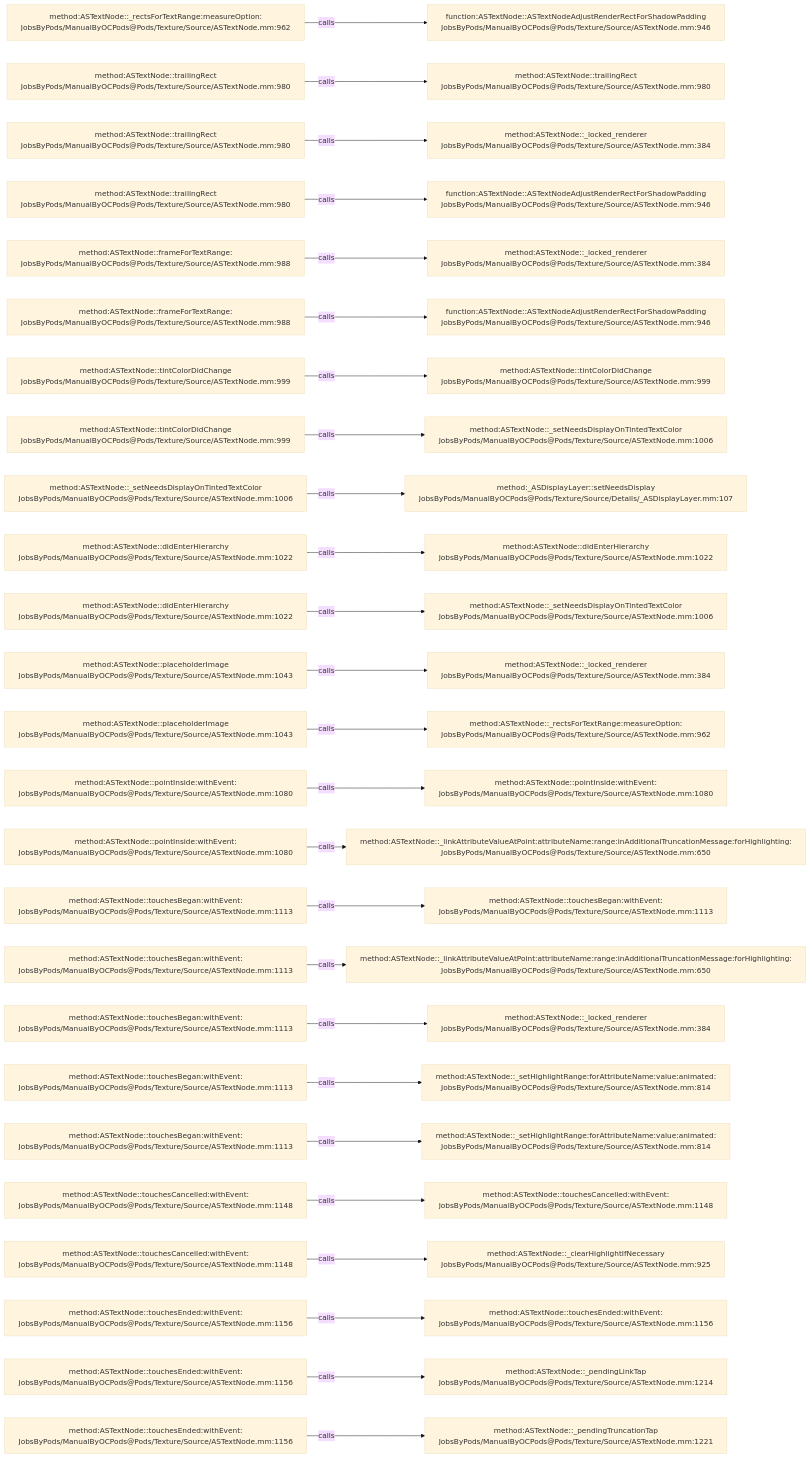
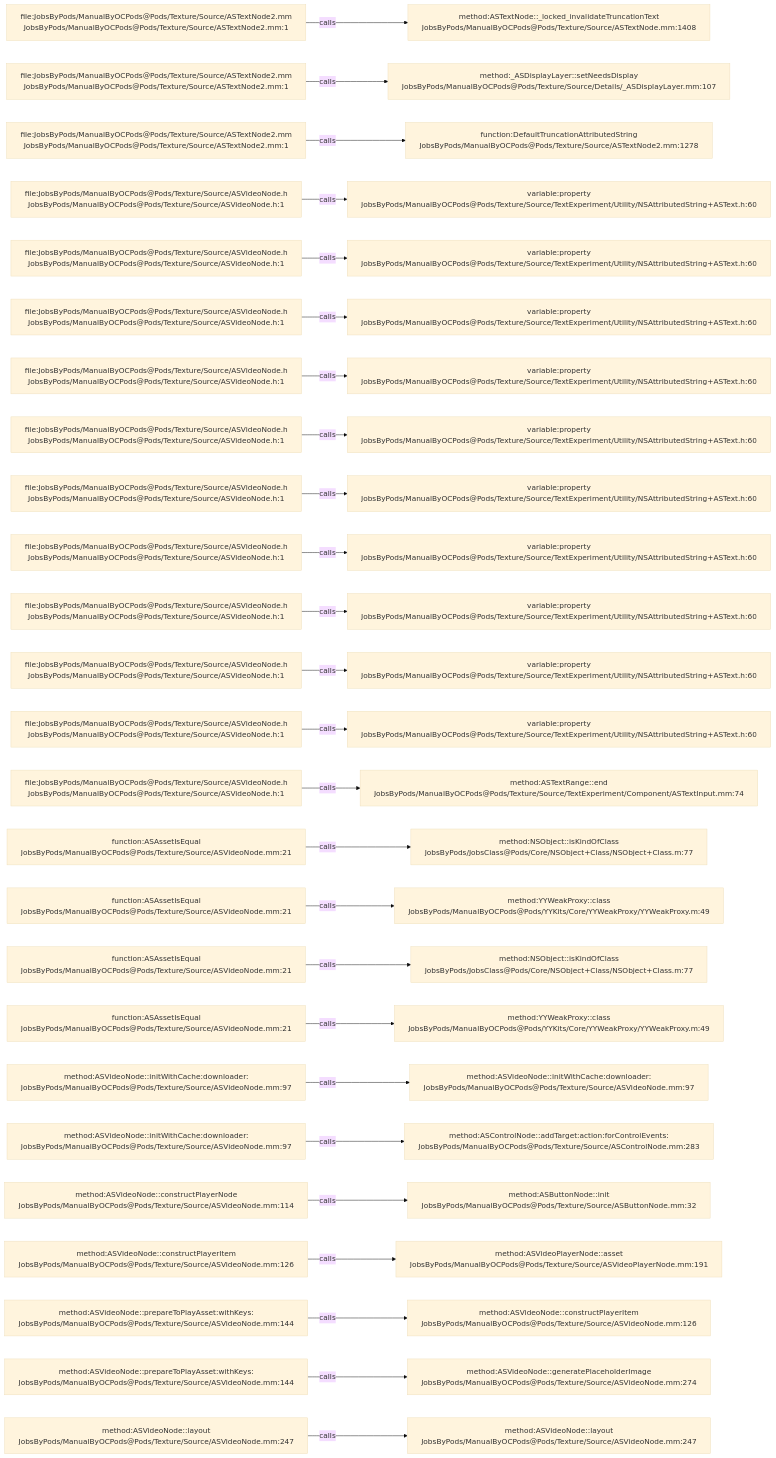
The diagram in .codegraph/codegraph.md/graphs/calls-144.md (JobsKits/JobsOCBaseConfigDemo), drawn with Mermaid (base theme) before and after one commit. The commit also changed 1223 other files, not shown here.

````diff
--- a/.codegraph/codegraph.md/graphs/calls-144.md
+++ b/.codegraph/codegraph.md/graphs/calls-144.md
@@ -13,78 +13,78 @@
 ```mermaid
 flowchart LR
-  S1["method:ASTextNode::_rectsForTextRange:measureOption:<br/>JobsByPods/ManualByOCPods@Pods/Texture/Source/ASTextNode.mm:962"]
-  T1["function:ASTextNode::ASTextNodeAdjustRenderRectForShadowPadding<br/>JobsByPods/ManualByOCPods@Pods/Texture/Source/ASTextNode.mm:946"]
+  S1["file:JobsByPods/ManualByOCPods@Pods/Texture/Source/ASTextNode2.mm<br/>JobsByPods/ManualByOCPods@Pods/Texture/Source/ASTextNode2.mm:1"]
+  T1["method:ASTextNode::_locked_invalidateTruncationText<br/>JobsByPods/ManualByOCPods@Pods/Texture/Source/ASTextNode.mm:1408"]
   S1 -->|calls| T1
-  S2["method:ASTextNode::trailingRect<br/>JobsByPods/ManualByOCPods@Pods/Texture/Source/ASTextNode.mm:980"]
-  T2["method:ASTextNode::trailingRect<br/>JobsByPods/ManualByOCPods@Pods/Texture/Source/ASTextNode.mm:980"]
+  S2["file:JobsByPods/ManualByOCPods@Pods/Texture/Source/ASTextNode2.mm<br/>JobsByPods/ManualByOCPods@Pods/Texture/Source/ASTextNode2.mm:1"]
+  T2["method:_ASDisplayLayer::setNeedsDisplay<br/>JobsByPods/ManualByOCPods@Pods/Texture/Source/Details/_ASDisplayLayer.mm:107"]
   S2 -->|calls| T2
-  S3["method:ASTextNode::trailingRect<br/>JobsByPods/ManualByOCPods@Pods/Texture/Source/ASTextNode.mm:980"]
-  T3["method:ASTextNode::_locked_renderer<br/>JobsByPods/ManualByOCPods@Pods/Texture/Source/ASTextNode.mm:384"]
+  S3["file:JobsByPods/ManualByOCPods@Pods/Texture/Source/ASTextNode2.mm<br/>JobsByPods/ManualByOCPods@Pods/Texture/Source/ASTextNode2.mm:1"]
+  T3["function:DefaultTruncationAttributedString<br/>JobsByPods/ManualByOCPods@Pods/Texture/Source/ASTextNode2.mm:1278"]
   S3 -->|calls| T3
-  S4["method:ASTextNode::trailingRect<br/>JobsByPods/ManualByOCPods@Pods/Texture/Source/ASTextNode.mm:980"]
-  T4["function:ASTextNode::ASTextNodeAdjustRenderRectForShadowPadding<br/>JobsByPods/ManualByOCPods@Pods/Texture/Source/ASTextNode.mm:946"]
+  S4["file:JobsByPods/ManualByOCPods@Pods/Texture/Source/ASVideoNode.h<br/>JobsByPods/ManualByOCPods@Pods/Texture/Source/ASVideoNode.h:1"]
+  T4["variable:property<br/>JobsByPods/ManualByOCPods@Pods/Texture/Source/TextExperiment/Utility/NSAttributedString+ASText.h:60"]
   S4 -->|calls| T4
-  S5["method:ASTextNode::frameForTextRange:<br/>JobsByPods/ManualByOCPods@Pods/Texture/Source/ASTextNode.mm:988"]
-  T5["method:ASTextNode::_locked_renderer<br/>JobsByPods/ManualByOCPods@Pods/Texture/Source/ASTextNode.mm:384"]
+  S5["file:JobsByPods/ManualByOCPods@Pods/Texture/Source/ASVideoNode.h<br/>JobsByPods/ManualByOCPods@Pods/Texture/Source/ASVideoNode.h:1"]
+  T5["variable:property<br/>JobsByPods/ManualByOCPods@Pods/Texture/Source/TextExperiment/Utility/NSAttributedString+ASText.h:60"]
   S5 -->|calls| T5
-  S6["method:ASTextNode::frameForTextRange:<br/>JobsByPods/ManualByOCPods@Pods/Texture/Source/ASTextNode.mm:988"]
-  T6["function:ASTextNode::ASTextNodeAdjustRenderRectForShadowPadding<br/>JobsByPods/ManualByOCPods@Pods/Texture/Source/ASTextNode.mm:946"]
+  S6["file:JobsByPods/ManualByOCPods@Pods/Texture/Source/ASVideoNode.h<br/>JobsByPods/ManualByOCPods@Pods/Texture/Source/ASVideoNode.h:1"]
+  T6["variable:property<br/>JobsByPods/ManualByOCPods@Pods/Texture/Source/TextExperiment/Utility/NSAttributedString+ASText.h:60"]
   S6 -->|calls| T6
-  S7["method:ASTextNode::tintColorDidChange<br/>JobsByPods/ManualByOCPods@Pods/Texture/Source/ASTextNode.mm:999"]
-  T7["method:ASTextNode::tintColorDidChange<br/>JobsByPods/ManualByOCPods@Pods/Texture/Source/ASTextNode.mm:999"]
+  S7["file:JobsByPods/ManualByOCPods@Pods/Texture/Source/ASVideoNode.h<br/>JobsByPods/ManualByOCPods@Pods/Texture/Source/ASVideoNode.h:1"]
+  T7["variable:property<br/>JobsByPods/ManualByOCPods@Pods/Texture/Source/TextExperiment/Utility/NSAttributedString+ASText.h:60"]
   S7 -->|calls| T7
-  S8["method:ASTextNode::tintColorDidChange<br/>JobsByPods/ManualByOCPods@Pods/Texture/Source/ASTextNode.mm:999"]
-  T8["method:ASTextNode::_setNeedsDisplayOnTintedTextColor<br/>JobsByPods/ManualByOCPods@Pods/Texture/Source/ASTextNode.mm:1006"]
+  S8["file:JobsByPods/ManualByOCPods@Pods/Texture/Source/ASVideoNode.h<br/>JobsByPods/ManualByOCPods@Pods/Texture/Source/ASVideoNode.h:1"]
+  T8["variable:property<br/>JobsByPods/ManualByOCPods@Pods/Texture/Source/TextExperiment/Utility/NSAttributedString+ASText.h:60"]
   S8 -->|calls| T8
-  S9["method:ASTextNode::_setNeedsDisplayOnTintedTextColor<br/>JobsByPods/ManualByOCPods@Pods/Texture/Source/ASTextNode.mm:1006"]
-  T9["method:_ASDisplayLayer::setNeedsDisplay<br/>JobsByPods/ManualByOCPods@Pods/Texture/Source/Details/_ASDisplayLayer.mm:107"]
+  S9["file:JobsByPods/ManualByOCPods@Pods/Texture/Source/ASVideoNode.h<br/>JobsByPods/ManualByOCPods@Pods/Texture/Source/ASVideoNode.h:1"]
+  T9["variable:property<br/>JobsByPods/ManualByOCPods@Pods/Texture/Source/TextExperiment/Utility/NSAttributedString+ASText.h:60"]
   S9 -->|calls| T9
-  S10["method:ASTextNode::didEnterHierarchy<br/>JobsByPods/ManualByOCPods@Pods/Texture/Source/ASTextNode.mm:1022"]
-  T10["method:ASTextNode::didEnterHierarchy<br/>JobsByPods/ManualByOCPods@Pods/Texture/Source/ASTextNode.mm:1022"]
+  S10["file:JobsByPods/ManualByOCPods@Pods/Texture/Source/ASVideoNode.h<br/>JobsByPods/ManualByOCPods@Pods/Texture/Source/ASVideoNode.h:1"]
+  T10["variable:property<br/>JobsByPods/ManualByOCPods@Pods/Texture/Source/TextExperiment/Utility/NSAttributedString+ASText.h:60"]
   S10 -->|calls| T10
-  S11["method:ASTextNode::didEnterHierarchy<br/>JobsByPods/ManualByOCPods@Pods/Texture/Source/ASTextNode.mm:1022"]
-  T11["method:ASTextNode::_setNeedsDisplayOnTintedTextColor<br/>JobsByPods/ManualByOCPods@Pods/Texture/Source/ASTextNode.mm:1006"]
+  S11["file:JobsByPods/ManualByOCPods@Pods/Texture/Source/ASVideoNode.h<br/>JobsByPods/ManualByOCPods@Pods/Texture/Source/ASVideoNode.h:1"]
+  T11["variable:property<br/>JobsByPods/ManualByOCPods@Pods/Texture/Source/TextExperiment/Utility/NSAttributedString+ASText.h:60"]
   S11 -->|calls| T11
-  S12["method:ASTextNode::placeholderImage<br/>JobsByPods/ManualByOCPods@Pods/Texture/Source/ASTextNode.mm:1043"]
-  T12["method:ASTextNode::_locked_renderer<br/>JobsByPods/ManualByOCPods@Pods/Texture/Source/ASTextNode.mm:384"]
+  S12["file:JobsByPods/ManualByOCPods@Pods/Texture/Source/ASVideoNode.h<br/>JobsByPods/ManualByOCPods@Pods/Texture/Source/ASVideoNode.h:1"]
+  T12["variable:property<br/>JobsByPods/ManualByOCPods@Pods/Texture/Source/TextExperiment/Utility/NSAttributedString+ASText.h:60"]
   S12 -->|calls| T12
-  S13["method:ASTextNode::placeholderImage<br/>JobsByPods/ManualByOCPods@Pods/Texture/Source/ASTextNode.mm:1043"]
-  T13["method:ASTextNode::_rectsForTextRange:measureOption:<br/>JobsByPods/ManualByOCPods@Pods/Texture/Source/ASTextNode.mm:962"]
+  S13["file:JobsByPods/ManualByOCPods@Pods/Texture/Source/ASVideoNode.h<br/>JobsByPods/ManualByOCPods@Pods/Texture/Source/ASVideoNode.h:1"]
+  T13["variable:property<br/>JobsByPods/ManualByOCPods@Pods/Texture/Source/TextExperiment/Utility/NSAttributedString+ASText.h:60"]
   S13 -->|calls| T13
-  S14["method:ASTextNode::pointInside:withEvent:<br/>JobsByPods/ManualByOCPods@Pods/Texture/Source/ASTextNode.mm:1080"]
-  T14["method:ASTextNode::pointInside:withEvent:<br/>JobsByPods/ManualByOCPods@Pods/Texture/Source/ASTextNode.mm:1080"]
+  S14["file:JobsByPods/ManualByOCPods@Pods/Texture/Source/ASVideoNode.h<br/>JobsByPods/ManualByOCPods@Pods/Texture/Source/ASVideoNode.h:1"]
+  T14["method:ASTextRange::end<br/>JobsByPods/ManualByOCPods@Pods/Texture/Source/TextExperiment/Component/ASTextInput.mm:74"]
   S14 -->|calls| T14
-  S15["method:ASTextNode::pointInside:withEvent:<br/>JobsByPods/ManualByOCPods@Pods/Texture/Source/ASTextNode.mm:1080"]
-  T15["method:ASTextNode::_linkAttributeValueAtPoint:attributeName:range:inAdditionalTruncationMessage:forHighlighting:<br/>JobsByPods/ManualByOCPods@Pods/Texture/Source/ASTextNode.mm:650"]
+  S15["function:ASAssetIsEqual<br/>JobsByPods/ManualByOCPods@Pods/Texture/Source/ASVideoNode.mm:21"]
+  T15["method:NSObject::isKindOfClass<br/>JobsByPods/JobsClass@Pods/Core/NSObject+Class/NSObject+Class.m:77"]
   S15 -->|calls| T15
-  S16["method:ASTextNode::touchesBegan:withEvent:<br/>JobsByPods/ManualByOCPods@Pods/Texture/Source/ASTextNode.mm:1113"]
-  T16["method:ASTextNode::touchesBegan:withEvent:<br/>JobsByPods/ManualByOCPods@Pods/Texture/Source/ASTextNode.mm:1113"]
+  S16["function:ASAssetIsEqual<br/>JobsByPods/ManualByOCPods@Pods/Texture/Source/ASVideoNode.mm:21"]
+  T16["method:YYWeakProxy::class<br/>JobsByPods/ManualByOCPods@Pods/YYKits/Core/YYWeakProxy/YYWeakProxy.m:49"]
   S16 -->|calls| T16
-  S17["method:ASTextNode::touchesBegan:withEvent:<br/>JobsByPods/ManualByOCPods@Pods/Texture/Source/ASTextNode.mm:1113"]
-  T17["method:ASTextNode::_linkAttributeValueAtPoint:attributeName:range:inAdditionalTruncationMessage:forHighlighting:<br/>JobsByPods/ManualByOCPods@Pods/Texture/Source/ASTextNode.mm:650"]
+  S17["function:ASAssetIsEqual<br/>JobsByPods/ManualByOCPods@Pods/Texture/Source/ASVideoNode.mm:21"]
+  T17["method:NSObject::isKindOfClass<br/>JobsByPods/JobsClass@Pods/Core/NSObject+Class/NSObject+Class.m:77"]
   S17 -->|calls| T17
-  S18["method:ASTextNode::touchesBegan:withEvent:<br/>JobsByPods/ManualByOCPods@Pods/Texture/Source/ASTextNode.mm:1113"]
-  T18["method:ASTextNode::_locked_renderer<br/>JobsByPods/ManualByOCPods@Pods/Texture/Source/ASTextNode.mm:384"]
+  S18["function:ASAssetIsEqual<br/>JobsByPods/ManualByOCPods@Pods/Texture/Source/ASVideoNode.mm:21"]
+  T18["method:YYWeakProxy::class<br/>JobsByPods/ManualByOCPods@Pods/YYKits/Core/YYWeakProxy/YYWeakProxy.m:49"]
   S18 -->|calls| T18
-  S19["method:ASTextNode::touchesBegan:withEvent:<br/>JobsByPods/ManualByOCPods@Pods/Texture/Source/ASTextNode.mm:1113"]
-  T19["method:ASTextNode::_setHighlightRange:forAttributeName:value:animated:<br/>JobsByPods/ManualByOCPods@Pods/Texture/Source/ASTextNode.mm:814"]
+  S19["method:ASVideoNode::initWithCache:downloader:<br/>JobsByPods/ManualByOCPods@Pods/Texture/Source/ASVideoNode.mm:97"]
+  T19["method:ASVideoNode::initWithCache:downloader:<br/>JobsByPods/ManualByOCPods@Pods/Texture/Source/ASVideoNode.mm:97"]
   S19 -->|calls| T19
-  S20["method:ASTextNode::touchesBegan:withEvent:<br/>JobsByPods/ManualByOCPods@Pods/Texture/Source/ASTextNode.mm:1113"]
-  T20["method:ASTextNode::_setHighlightRange:forAttributeName:value:animated:<br/>JobsByPods/ManualByOCPods@Pods/Texture/Source/ASTextNode.mm:814"]
+  S20["method:ASVideoNode::initWithCache:downloader:<br/>JobsByPods/ManualByOCPods@Pods/Texture/Source/ASVideoNode.mm:97"]
+  T20["method:ASControlNode::addTarget:action:forControlEvents:<br/>JobsByPods/ManualByOCPods@Pods/Texture/Source/ASControlNode.mm:283"]
   S20 -->|calls| T20
-  S21["method:ASTextNode::touchesCancelled:withEvent:<br/>JobsByPods/ManualByOCPods@Pods/Texture/Source/ASTextNode.mm:1148"]
-  T21["method:ASTextNode::touchesCancelled:withEvent:<br/>JobsByPods/ManualByOCPods@Pods/Texture/Source/ASTextNode.mm:1148"]
+  S21["method:ASVideoNode::constructPlayerNode<br/>JobsByPods/ManualByOCPods@Pods/Texture/Source/ASVideoNode.mm:114"]
+  T21["method:ASButtonNode::init<br/>JobsByPods/ManualByOCPods@Pods/Texture/Source/ASButtonNode.mm:32"]
   S21 -->|calls| T21
-  S22["method:ASTextNode::touchesCancelled:withEvent:<br/>JobsByPods/ManualByOCPods@Pods/Texture/Source/ASTextNode.mm:1148"]
-  T22["method:ASTextNode::_clearHighlightIfNecessary<br/>JobsByPods/ManualByOCPods@Pods/Texture/Source/ASTextNode.mm:925"]
+  S22["method:ASVideoNode::constructPlayerItem<br/>JobsByPods/ManualByOCPods@Pods/Texture/Source/ASVideoNode.mm:126"]
+  T22["method:ASVideoPlayerNode::asset<br/>JobsByPods/ManualByOCPods@Pods/Texture/Source/ASVideoPlayerNode.mm:191"]
   S22 -->|calls| T22
-  S23["method:ASTextNode::touchesEnded:withEvent:<br/>JobsByPods/ManualByOCPods@Pods/Texture/Source/ASTextNode.mm:1156"]
-  T23["method:ASTextNode::touchesEnded:withEvent:<br/>JobsByPods/ManualByOCPods@Pods/Texture/Source/ASTextNode.mm:1156"]
+  S23["method:ASVideoNode::prepareToPlayAsset:withKeys:<br/>JobsByPods/ManualByOCPods@Pods/Texture/Source/ASVideoNode.mm:144"]
+  T23["method:ASVideoNode::constructPlayerItem<br/>JobsByPods/ManualByOCPods@Pods/Texture/Source/ASVideoNode.mm:126"]
   S23 -->|calls| T23
-  S24["method:ASTextNode::touchesEnded:withEvent:<br/>JobsByPods/ManualByOCPods@Pods/Texture/Source/ASTextNode.mm:1156"]
-  T24["method:ASTextNode::_pendingLinkTap<br/>JobsByPods/ManualByOCPods@Pods/Texture/Source/ASTextNode.mm:1214"]
+  S24["method:ASVideoNode::prepareToPlayAsset:withKeys:<br/>JobsByPods/ManualByOCPods@Pods/Texture/Source/ASVideoNode.mm:144"]
+  T24["method:ASVideoNode::generatePlaceholderImage<br/>JobsByPods/ManualByOCPods@Pods/Texture/Source/ASVideoNode.mm:274"]
   S24 -->|calls| T24
-  S25["method:ASTextNode::touchesEnded:withEvent:<br/>JobsByPods/ManualByOCPods@Pods/Texture/Source/ASTextNode.mm:1156"]
-  T25["method:ASTextNode::_pendingTruncationTap<br/>JobsByPods/ManualByOCPods@Pods/Texture/Source/ASTextNode.mm:1221"]
+  S25["method:ASVideoNode::layout<br/>JobsByPods/ManualByOCPods@Pods/Texture/Source/ASVideoNode.mm:247"]
+  T25["method:ASVideoNode::layout<br/>JobsByPods/ManualByOCPods@Pods/Texture/Source/ASVideoNode.mm:247"]
   S25 -->|calls| T25
 ```
````
